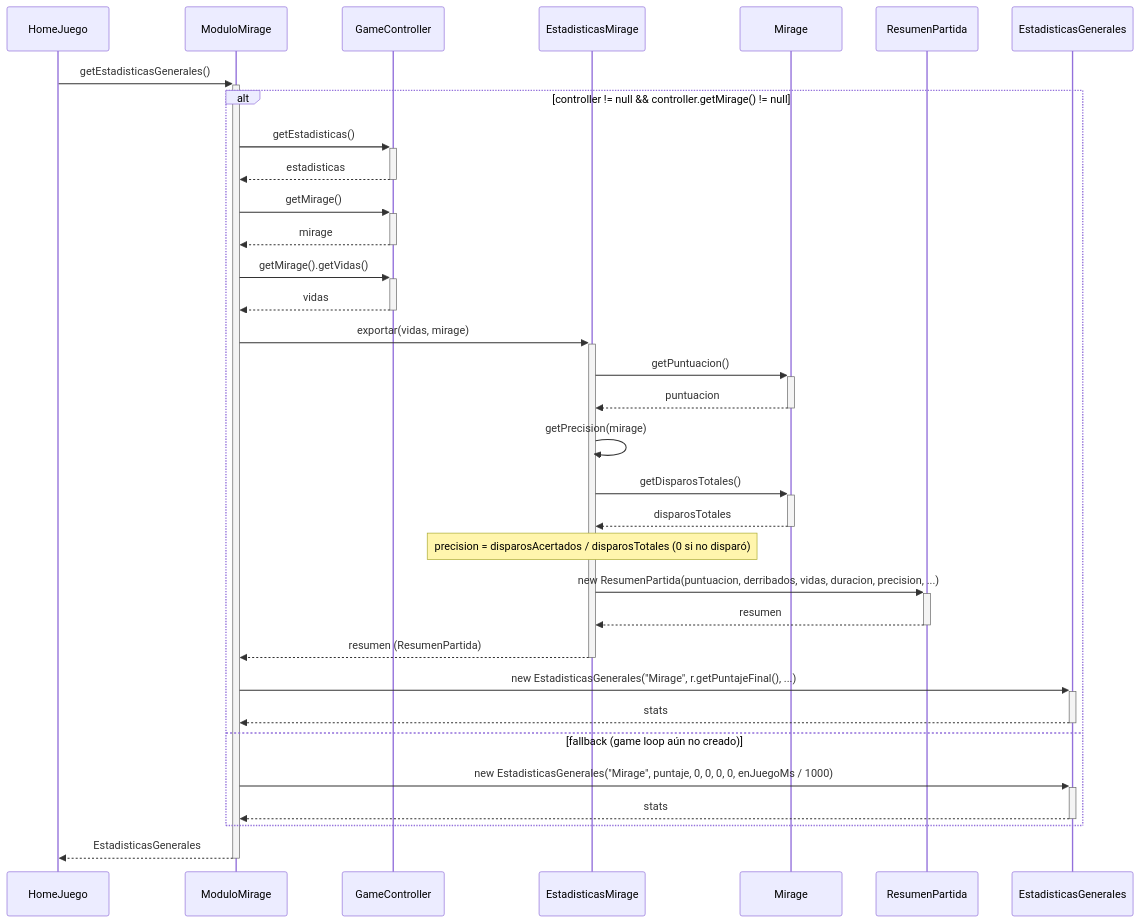
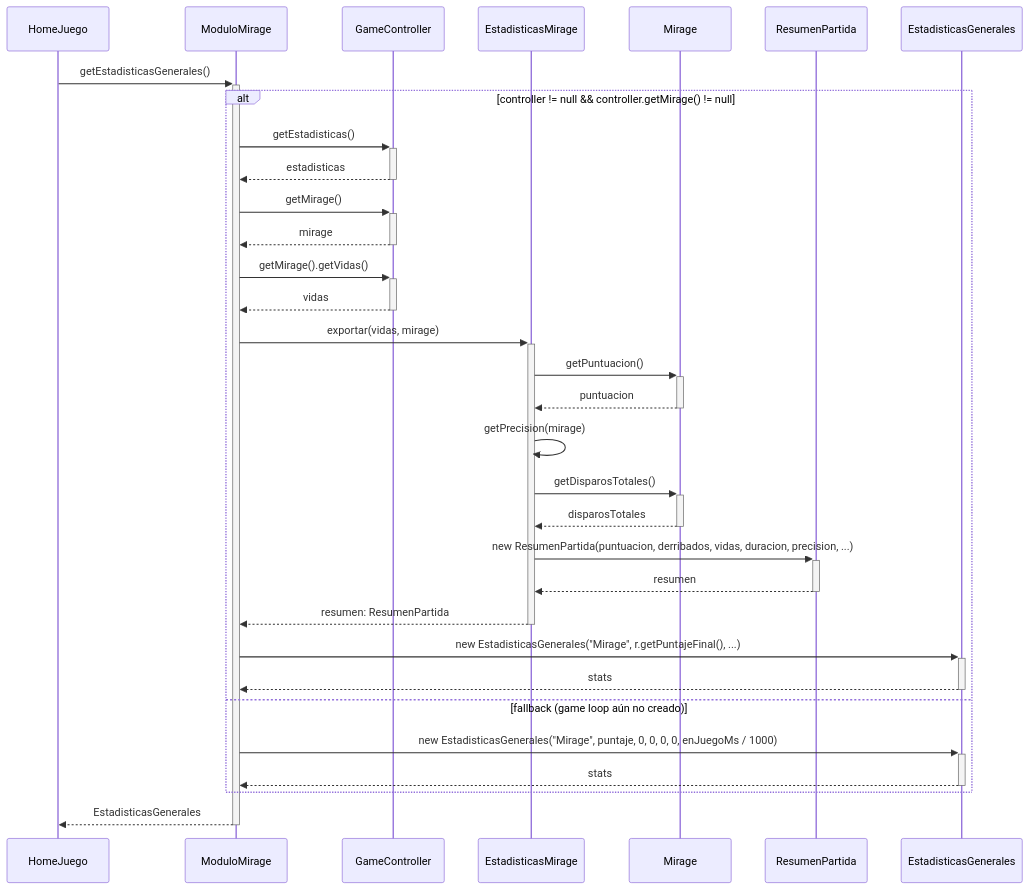
One commit to Christian-Rojas-Rodriguez/juego-1982 changed the ninth of 9 diagrams in docs/v1/analisis/casos-de-uso.md. Above: the diagram before and after it, drawn with Mermaid. The commit also changed other lines of this file, not shown here.

Commit message:
docs: modificar diagramas de secuencia

````diff
--- a/docs/v1/analisis/casos-de-uso.md
+++ b/docs/v1/analisis/casos-de-uso.md
@@ -415,38 +441,37 @@
 ```mermaid
 sequenceDiagram
     participant HomeJuego
     participant ModuloMirage
     participant GameController
     participant EstadisticasMirage
     participant Mirage
     participant ResumenPartida
     participant EstadisticasGenerales
 
     HomeJuego->>+ModuloMirage: getEstadisticasGenerales()
     alt controller != null && controller.getMirage() != null
         ModuloMirage->>+GameController: getEstadisticas()
         GameController-->>-ModuloMirage: estadisticas
         ModuloMirage->>+GameController: getMirage()
         GameController-->>-ModuloMirage: mirage
         ModuloMirage->>+GameController: getMirage().getVidas()
         GameController-->>-ModuloMirage: vidas
 
         ModuloMirage->>+EstadisticasMirage: exportar(vidas, mirage)
         EstadisticasMirage->>+Mirage: getPuntuacion()
         Mirage-->>-EstadisticasMirage: puntuacion
         EstadisticasMirage->>EstadisticasMirage: getPrecision(mirage)
         EstadisticasMirage->>+Mirage: getDisparosTotales()
         Mirage-->>-EstadisticasMirage: disparosTotales
-        Note over EstadisticasMirage: precision = disparosAcertados / disparosTotales (0 si no disparó)
         EstadisticasMirage->>+ResumenPartida: new ResumenPartida(puntuacion, derribados, vidas, duracion, precision, ...)
         ResumenPartida-->>-EstadisticasMirage: resumen
-        EstadisticasMirage-->>-ModuloMirage: resumen (ResumenPartida)
+        EstadisticasMirage-->>-ModuloMirage: resumen: ResumenPartida
 
         ModuloMirage->>+EstadisticasGenerales: new EstadisticasGenerales("Mirage", r.getPuntajeFinal(), ...)
         EstadisticasGenerales-->>-ModuloMirage: stats
     else fallback (game loop aún no creado)
         ModuloMirage->>+EstadisticasGenerales: new EstadisticasGenerales("Mirage", puntaje, 0, 0, 0, 0, enJuegoMs / 1000)
         EstadisticasGenerales-->>-ModuloMirage: stats
     end
     ModuloMirage-->>-HomeJuego: EstadisticasGenerales
 ```
````
